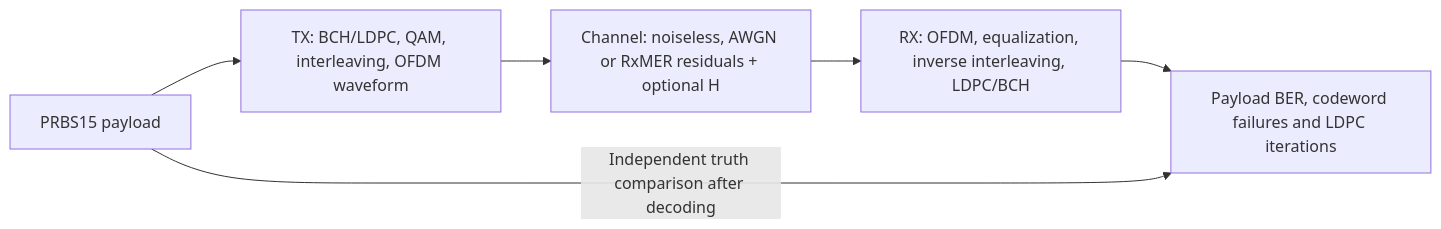
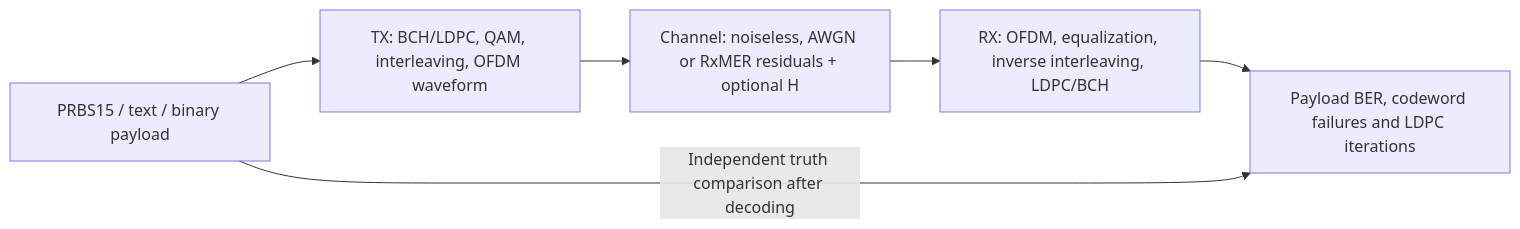
The diagram in README.md (mgarcia01752/merlin), drawn with Mermaid before and after one commit. The commit also changed other lines of this file and 36 other files, not shown here.

````diff
--- a/README.md
+++ b/README.md
@@ -45,8 +45,8 @@
 ```mermaid
 flowchart LR
-    PRBS["PRBS15 payload"] --> TX["TX: BCH/LDPC, QAM, interleaving, OFDM waveform"]
+    PRBS["PRBS15 / text / binary payload"] --> TX["TX: BCH/LDPC, QAM, interleaving, OFDM waveform"]
     TX --> CHANNEL["Channel: noiseless, AWGN or RxMER residuals + optional H"]
     CHANNEL --> RX["RX: OFDM, equalization, inverse interleaving, LDPC/BCH"]
     RX --> RESULTS["Payload BER, codeword failures and LDPC iterations"]
     PRBS -->|"Independent truth comparison after decoding"| RESULTS
 ```
````
